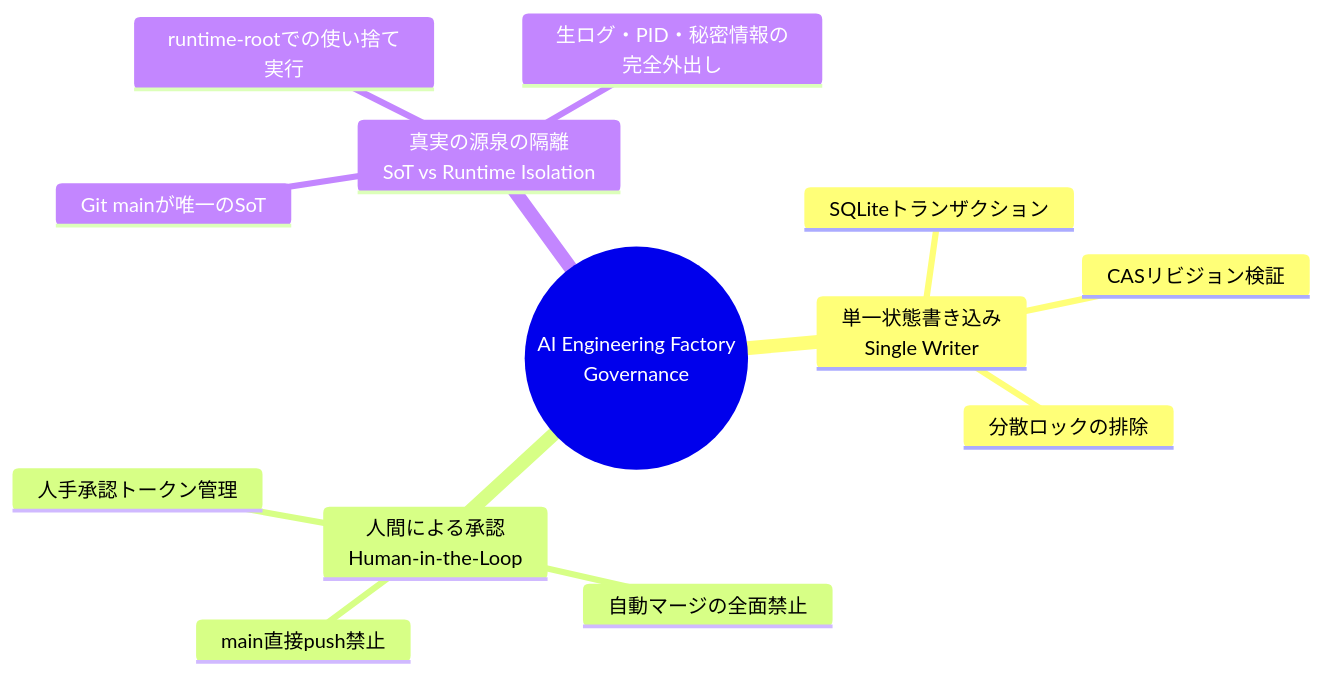
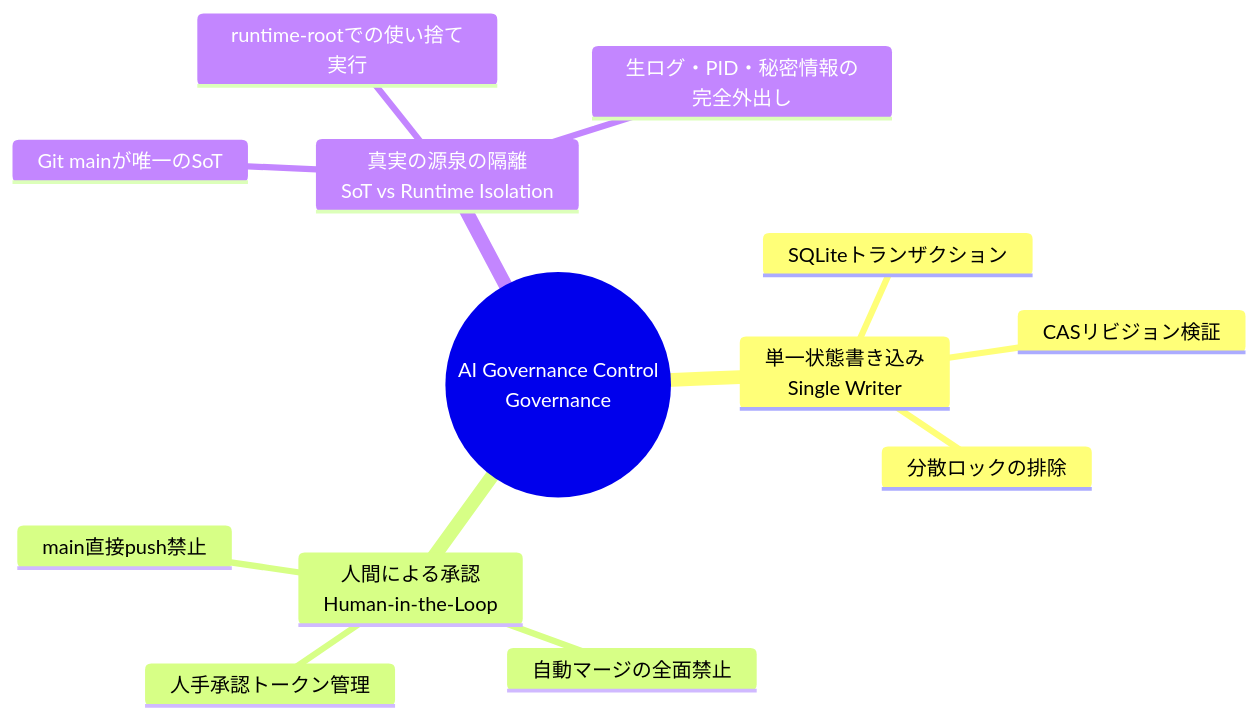
Before and after one commit to moruku36/ai-engineering-factory: the diagram in docs/architecture/overview.md, drawn with Mermaid. The commit also changed other lines of this file and 28 other files, not shown here.

Commit message:
docs: rename display name to AI Governance Control and define governance roadmap

````diff
--- a/docs/architecture/overview.md
+++ b/docs/architecture/overview.md
@@ -17,16 +17,16 @@
 ```mermaid
 mindmap
-  root((AI Engineering Factory<br>Governance))
+  root((AI Governance Control<br>Governance))
     単一状態書き込み<br>Single Writer
       SQLiteトランザクション
       CASリビジョン検証
       分散ロックの排除
     人間による承認<br>Human-in-the-Loop
       main直接push禁止
       自動マージの全面禁止
       人手承認トークン管理
     真実の源泉の隔離<br>SoT vs Runtime Isolation
       Git mainが唯一のSoT
       runtime-rootでの使い捨て実行
       生ログ・PID・秘密情報の完全外出し
 ```
````
